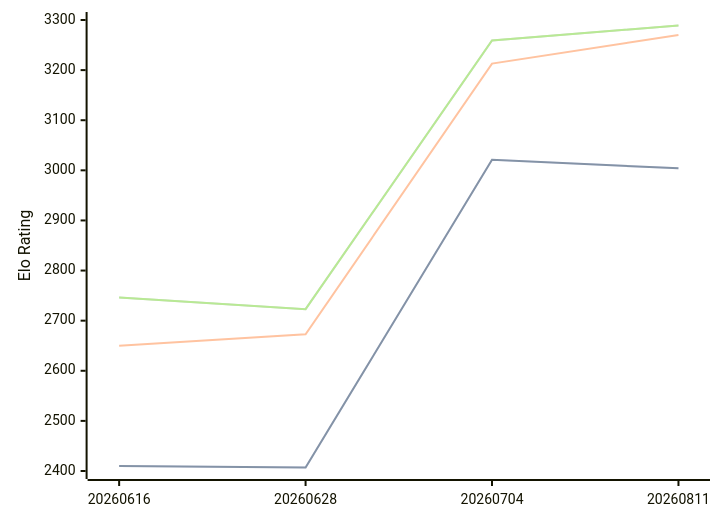
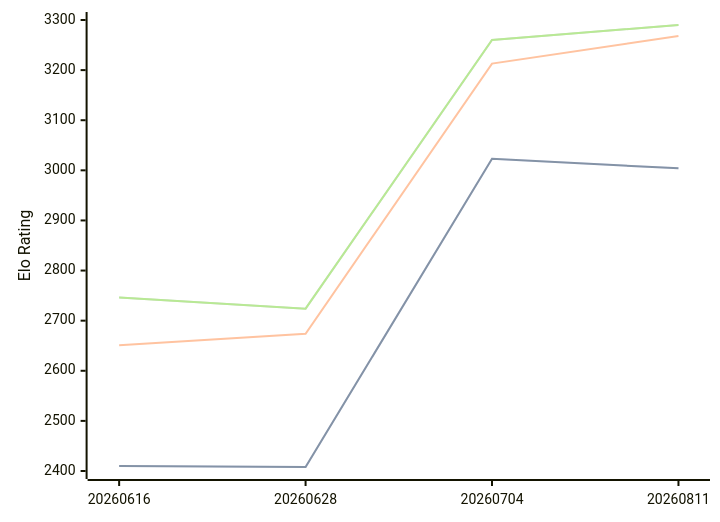
Before and after one commit to computer-chess-index/cci: the diagram in engines/Askaig.md, drawn with Mermaid. The commit also changed other lines of this file, not shown here.

Commit message:
Update CCI Ratings (ELO VLTC) - 2026-09-16

````diff
--- a/engines/Askaig.md
+++ b/engines/Askaig.md
@@ -36,11 +36,11 @@
 ```mermaid
 %%{init: {"theme":"base","themeVariables":{"seriesColors:['#a3a3a3','#222221','#faa371']}}}%%
 xychart-beta
   x-axis ["20260616", "20260628", "20260704", "20260811"]
   y-axis "Elo Rating" 2400 --> 3300
-  line "" [2410, 2407, 3021, 3004]
-  line "STC (8.0+0.08s)" [2410, 2407, 3021, 3004]
-  line "LTC (60.0+0.60s)" [2650, 2673, 3213, 3270]
-  line "" [2746, 2723, 3259, 3289]
-  line "VLTC (2m24s+1.12s)" [2746, 2723, 3259, 3289]
+  line "" [2410, 2408, 3023, 3004]
+  line "STC (8.0+0.08s)" [2410, 2408, 3023, 3004]
+  line "LTC (60.0+0.60s)" [2651, 2674, 3213, 3268]
+  line "" [2746, 2724, 3260, 3290]
+  line "VLTC (2m24s+1.12s)" [2746, 2724, 3260, 3290]
 ```
````
